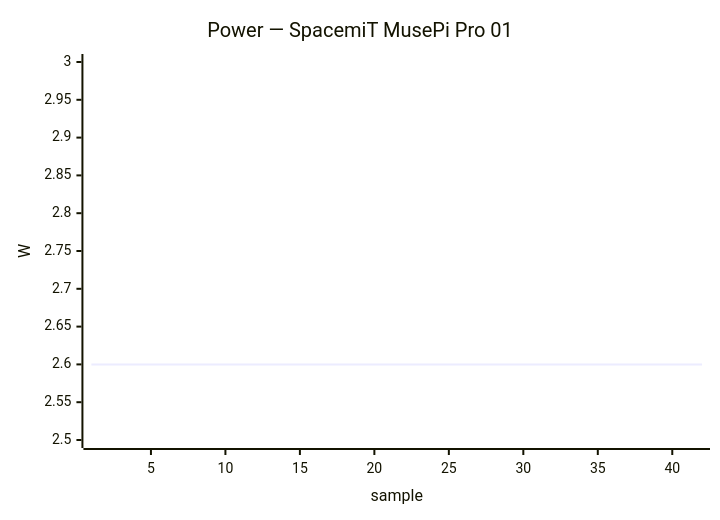
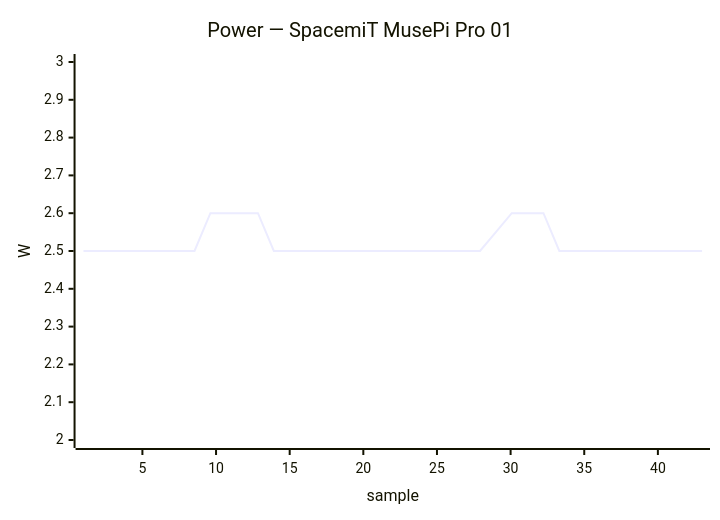
One commit to armbian/documentation changed the sixth of 34 diagrams in docs/status/board-tests.md. Above: the diagram before and after it, drawn with Mermaid. The commit also changed other lines of this file, not shown here.

````diff
--- a/docs/status/board-tests.md
+++ b/docs/status/board-tests.md
@@ -255,7 +255,7 @@
 ```mermaid
 xychart-beta
     title "Power — SpacemiT MusePi Pro 01"
-    x-axis "sample" 1 --> 42
-    y-axis "W" 2.5 --> 3.0
-    line [2.60, 2.60, 2.60, 2.60, 2.60, 2.60, 2.60, 2.60, 2.60, 2.60, 2.60, 2.60, 2.60, 2.60, 2.60, 2.60, 2.60, 2.60, 2.60, 2.60, 2.60, 2.60, 2.60, 2.60, 2.60, 2.60, 2.60, 2.60, 2.60, 2.60, 2.60, 2.60, 2.60, 2.60, 2.60, 2.60, 2.60, 2.60, 2.60, 2.60]
+    x-axis "sample" 1 --> 43
+    y-axis "W" 2.0 --> 3.0
+    line [2.50, 2.50, 2.50, 2.50, 2.50, 2.50, 2.50, 2.50, 2.60, 2.60, 2.60, 2.60, 2.50, 2.50, 2.50, 2.50, 2.50, 2.50, 2.50, 2.50, 2.50, 2.50, 2.50, 2.50, 2.50, 2.50, 2.55, 2.60, 2.60, 2.60, 2.50, 2.50, 2.50, 2.50, 2.50, 2.50, 2.50, 2.50, 2.50, 2.50]
 ```
````
